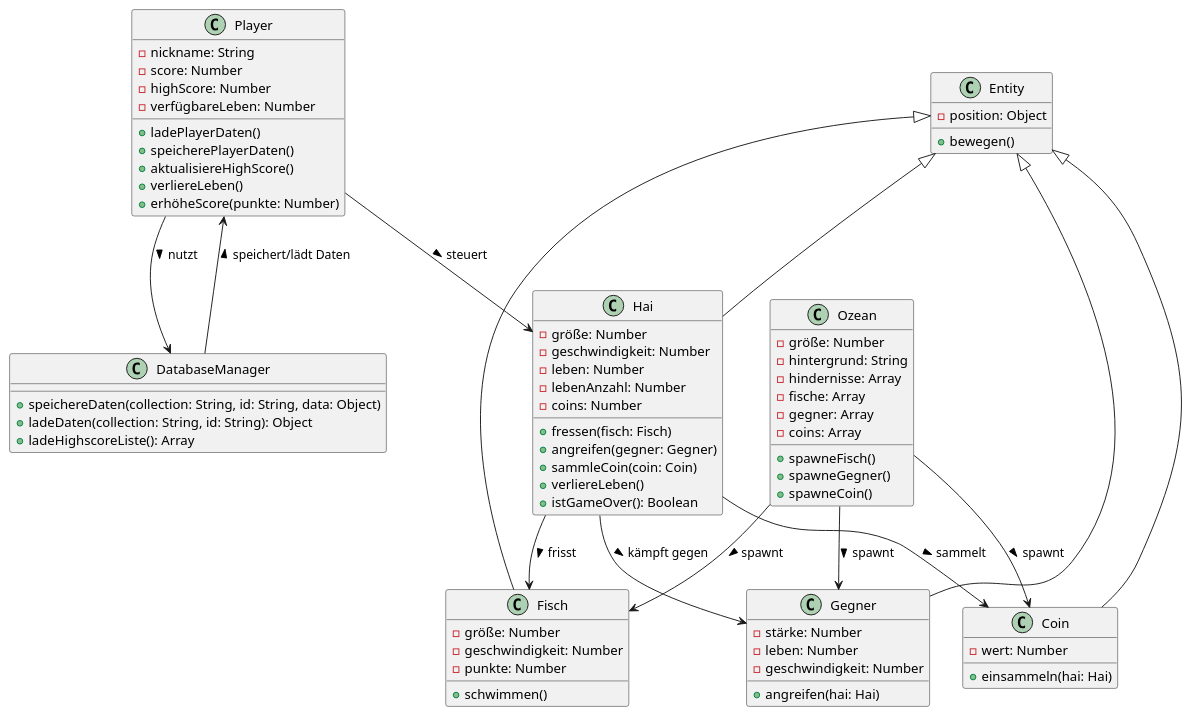
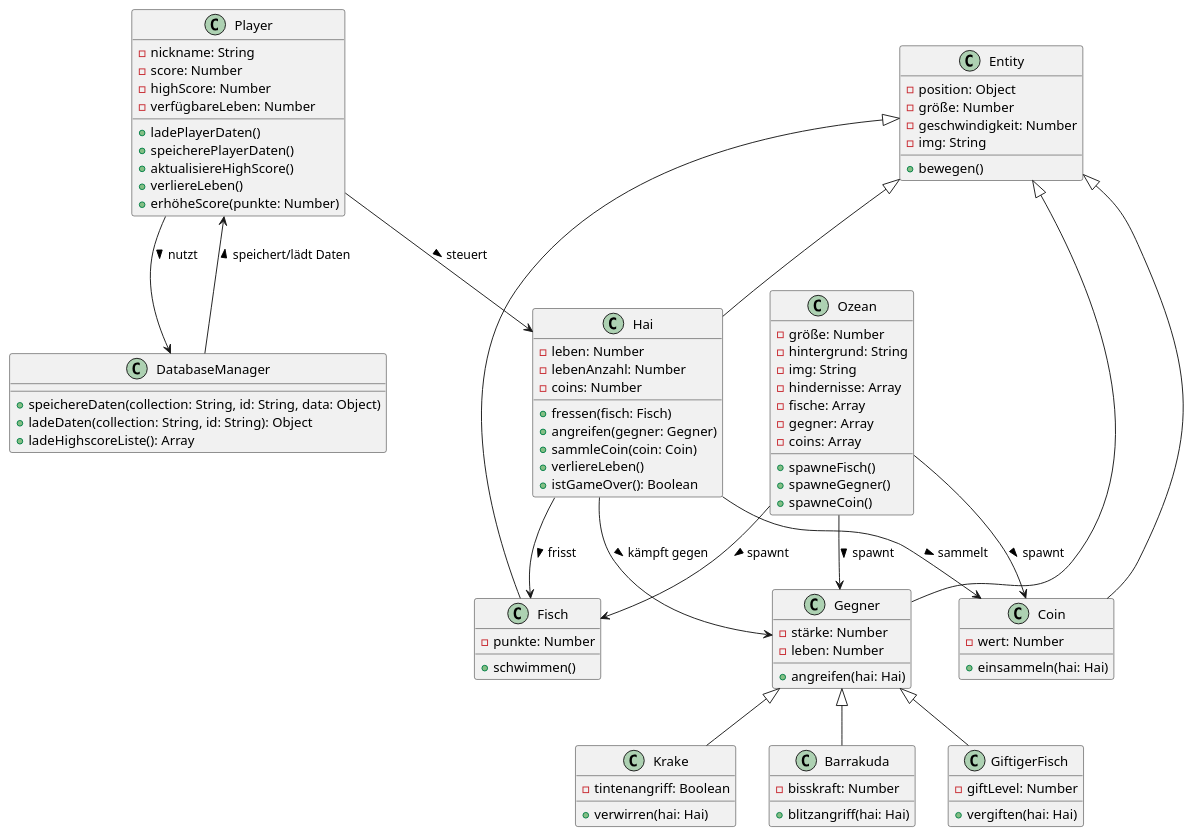
Before and after one commit to Yesser-Ben-Amor/sharkHorizon: the diagram in klassendiagram.puml, drawn with PlantUML.

```diff
--- a/klassendiagram.puml
+++ b/klassendiagram.puml
@@ -1,84 +1,102 @@
 @startuml
 class Player {
     - nickname: String
     - score: Number
     - highScore: Number
     - verfügbareLeben: Number
     + ladePlayerDaten()
     + speicherePlayerDaten()
     + aktualisiereHighScore()
     + verliereLeben()
     + erhöheScore(punkte: Number)
 }
 
 class DatabaseManager {
     + speichereDaten(collection: String, id: String, data: Object)
     + ladeDaten(collection: String, id: String): Object
     + ladeHighscoreListe(): Array
 }
 
 class Entity {
     - position: Object
+    - größe: Number
+    - geschwindigkeit: Number
+    - img: String
     + bewegen()
 }
 
 class Hai {
-    - größe: Number
-    - geschwindigkeit: Number
     - leben: Number
     - lebenAnzahl: Number
     - coins: Number
     + fressen(fisch: Fisch)
     + angreifen(gegner: Gegner)
     + sammleCoin(coin: Coin)
     + verliereLeben()
     + istGameOver(): Boolean
 }
 
 class Fisch {
-    - größe: Number
-    - geschwindigkeit: Number
     - punkte: Number
     + schwimmen()
 }
 
 class Gegner {
     - stärke: Number
     - leben: Number
-    - geschwindigkeit: Number
     + angreifen(hai: Hai)
+}
+
+class Krake {
+    - tintenangriff: Boolean
+    + verwirren(hai: Hai)
+}
+
+class Barrakuda {
+    - bisskraft: Number
+    + blitzangriff(hai: Hai)
+}
+
+class GiftigerFisch {
+    - giftLevel: Number
+    + vergiften(hai: Hai)
 }
 
 class Coin {
     - wert: Number
     + einsammeln(hai: Hai)
 }
 
 class Ozean {
     - größe: Number
     - hintergrund: String
+    - img: String
     - hindernisse: Array
     - fische: Array
     - gegner: Array
     - coins: Array
     + spawneFisch()
     + spawneGegner()
     + spawneCoin()
 }
 
 Entity <|-- Hai
 Entity <|-- Fisch
 Entity <|-- Gegner
 Entity <|-- Coin
 
+Gegner <|-- Krake
+Gegner <|-- Barrakuda
+Gegner <|-- GiftigerFisch
+
 Hai --> Fisch : frisst >
 Hai --> Gegner : kämpft gegen >
 Hai --> Coin : sammelt >
 Ozean --> Fisch : spawnt >
 Ozean --> Gegner : spawnt >
 Ozean --> Coin : spawnt >
 
 Player --> Hai : steuert >
 Player --> DatabaseManager : nutzt >
 DatabaseManager --> Player : speichert/lädt Daten >
 @enduml
```
